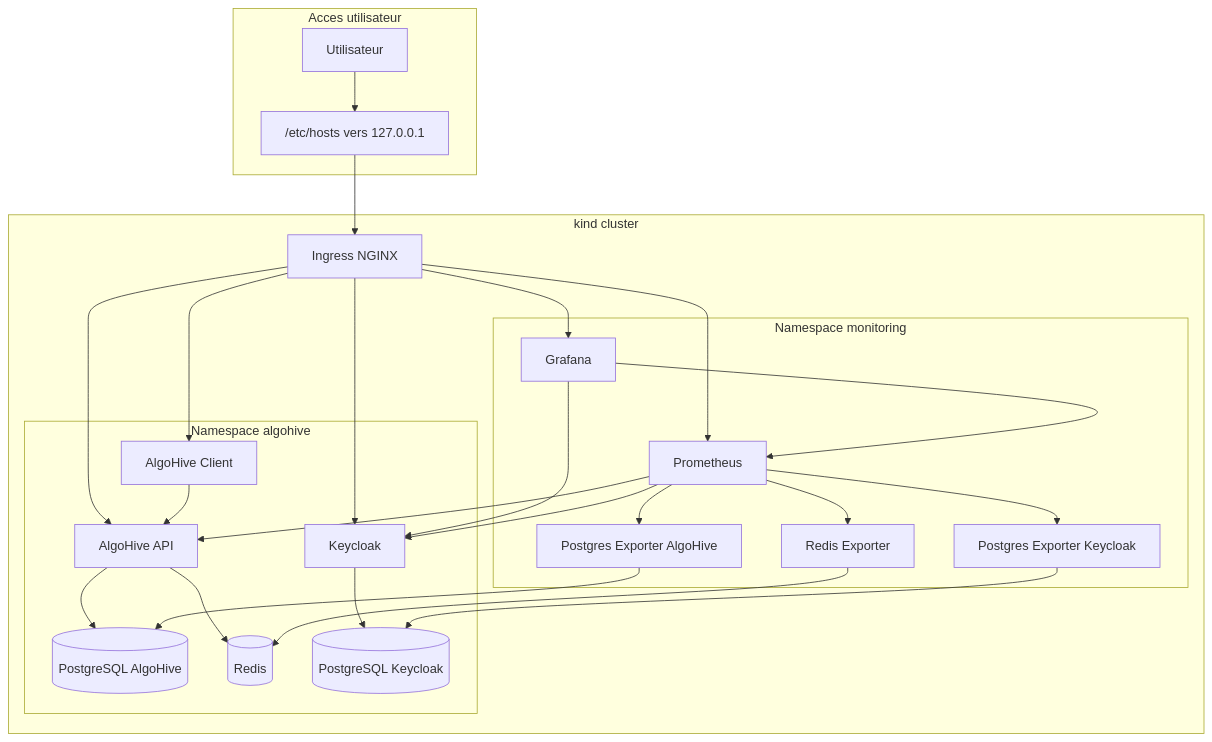
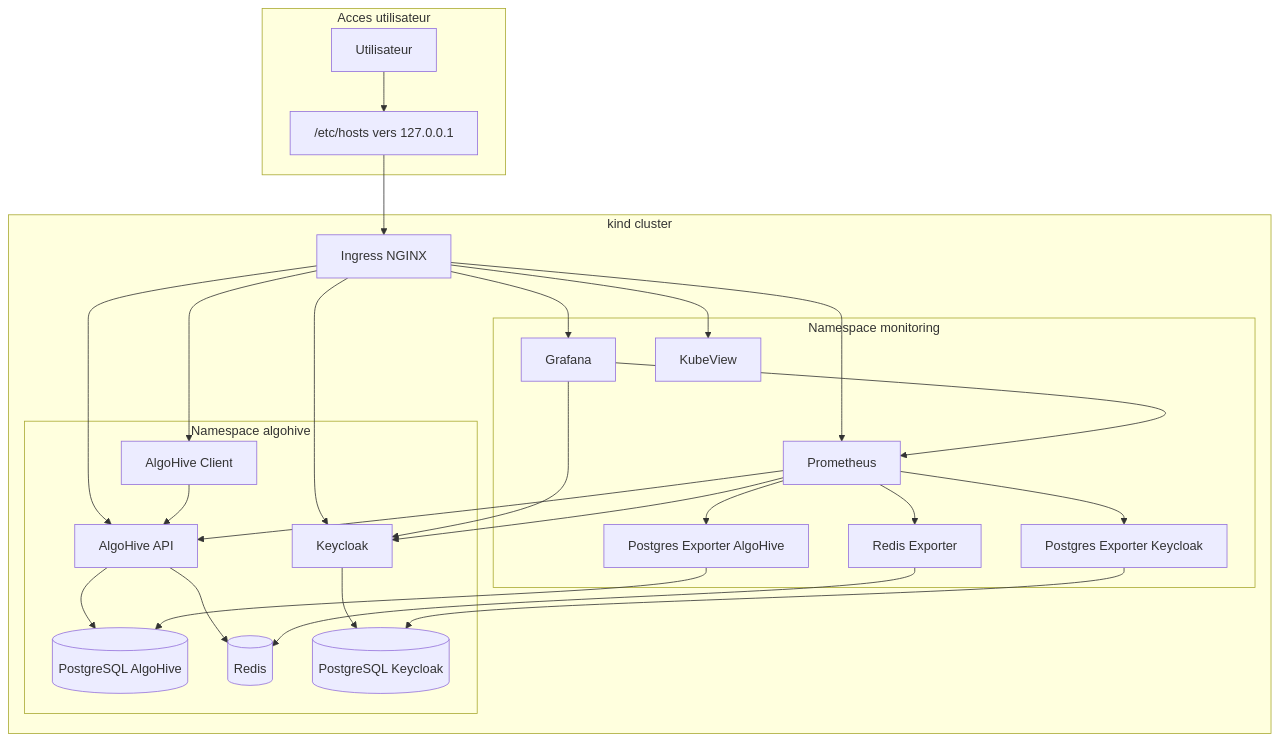
Before and after one commit to RobinThiriet/Algohive-projet: the first of 2 diagrams in docs/architecture.md, drawn with Mermaid. The commit also changed other lines of this file and 6 other files, not shown here.

Commit message:
Add KubeView to local platform stack

````diff
--- a/docs/architecture.md
+++ b/docs/architecture.md
@@ -13,55 +13,57 @@
 ```mermaid
 flowchart TB
     subgraph UserAccess[Acces utilisateur]
         U1[Utilisateur]
         DNS["/etc/hosts vers 127.0.0.1"]
         U1 --> DNS
     end
 
     subgraph Kind[kind cluster]
         ING[Ingress NGINX]
 
         subgraph AlgoHiveNS[Namespace algohive]
             WEB[AlgoHive Client]
             API[AlgoHive API]
             PG1[(PostgreSQL AlgoHive)]
             REDIS[(Redis)]
             KC[Keycloak]
             PG2[(PostgreSQL Keycloak)]
         end
 
         subgraph MonitoringNS[Namespace monitoring]
             PROM[Prometheus]
             GRAF[Grafana]
+            KVIEW[KubeView]
             REXP[Redis Exporter]
             PEXP1[Postgres Exporter AlgoHive]
             PEXP2[Postgres Exporter Keycloak]
         end
     end
 
     DNS --> ING
 
     ING --> WEB
     ING --> API
     ING --> KC
     ING --> GRAF
     ING --> PROM
+    ING --> KVIEW
 
     WEB --> API
     API --> PG1
     API --> REDIS
     KC --> PG2
 
     GRAF --> PROM
     GRAF --> KC
 
     PROM --> API
     PROM --> KC
     PROM --> REXP
     PROM --> PEXP1
     PROM --> PEXP2
 
     REXP --> REDIS
     PEXP1 --> PG1
     PEXP2 --> PG2
 ```
````
